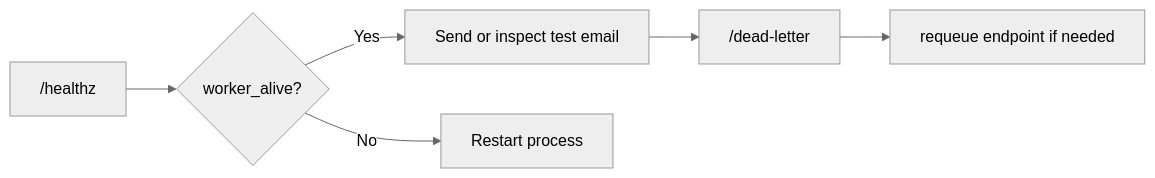
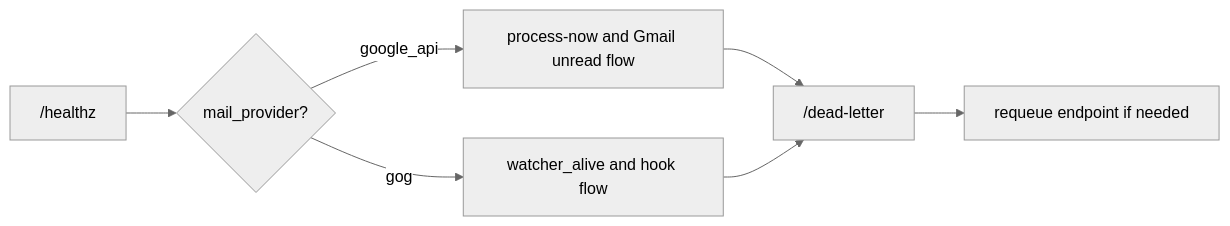
Before and after one commit to LunarMothStudios/Canna-Mailroom: the first of 2 diagrams in docs/operations.md, drawn with Mermaid (neutral theme). The commit also changed other lines of this file and 30 other files, not shown here.

````diff
--- a/docs/operations.md
+++ b/docs/operations.md
@@ -72,8 +89,9 @@
 ```mermaid
 flowchart LR
-    Health["/healthz"] --> Decision{"worker_alive?"}
-    Decision -- Yes --> Mail["Send or inspect test email"]
-    Decision -- No --> Restart["Restart process"]
-    Mail --> Dead["/dead-letter"]
+    Health["/healthz"] --> Mode{"mail_provider?"}
+    Mode -- google_api --> Poll["process-now and Gmail unread flow"]
+    Mode -- gog --> Watch["watcher_alive and hook flow"]
+    Poll --> Dead["/dead-letter"]
+    Watch --> Dead
     Dead --> Replay["requeue endpoint if needed"]
 ```
````
